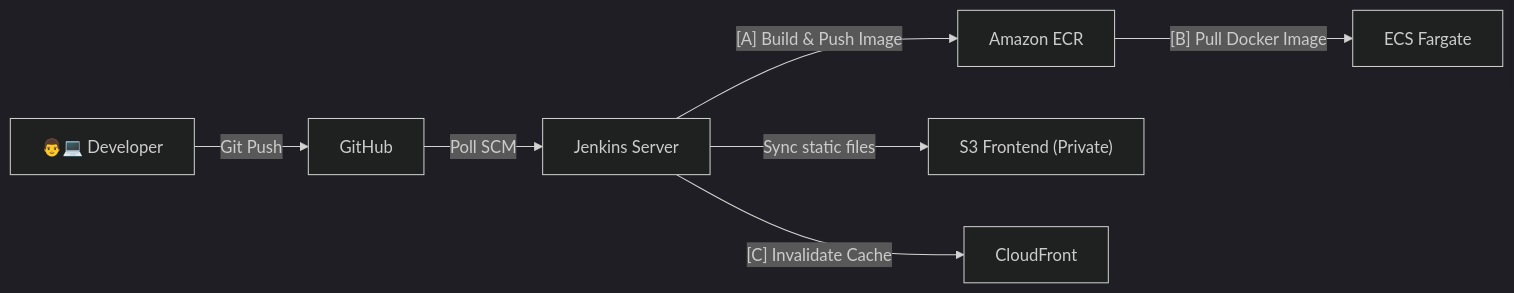
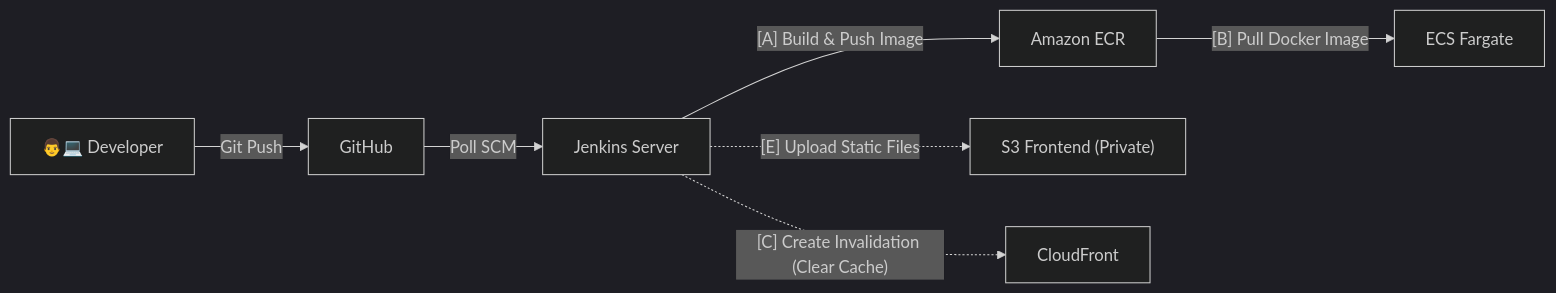
Before and after one commit to pht1412/FCAJ-Intern-Report: the second of 2 diagrams in content/2-Proposal/_index.md, drawn with Mermaid (dark theme). The commit also changed other lines of this file and 3 other files, not shown here.

````diff
--- a/content/2-Proposal/_index.md
+++ b/content/2-Proposal/_index.md
@@ -81,13 +81,13 @@
 ```mermaid
 flowchart LR
     Dev["👨💻 Developer"] -->|"Git Push"| GH["GitHub"]
     GH -->|"Poll SCM"| Jenkins["Jenkins Server"]
     
     %% Backend Pipeline
     Jenkins -->|"[A] Build & Push Image"| ECR["Amazon ECR"]
     ECR -->|"[B] Pull Docker Image"| ECS["ECS Fargate"]
     
     %% Frontend Pipeline
-    Jenkins -->|"Sync static files"| S3["S3 Frontend (Private)"]
-    Jenkins -->|"[C] Invalidate Cache"| CF["CloudFront"]
+    Jenkins -.->|"[E] Upload Static Files"| S3["S3 Frontend (Private)"]
+    Jenkins -.->|"[C] Create Invalidation (Clear Cache)"| CF["CloudFront"]
 ```
````
